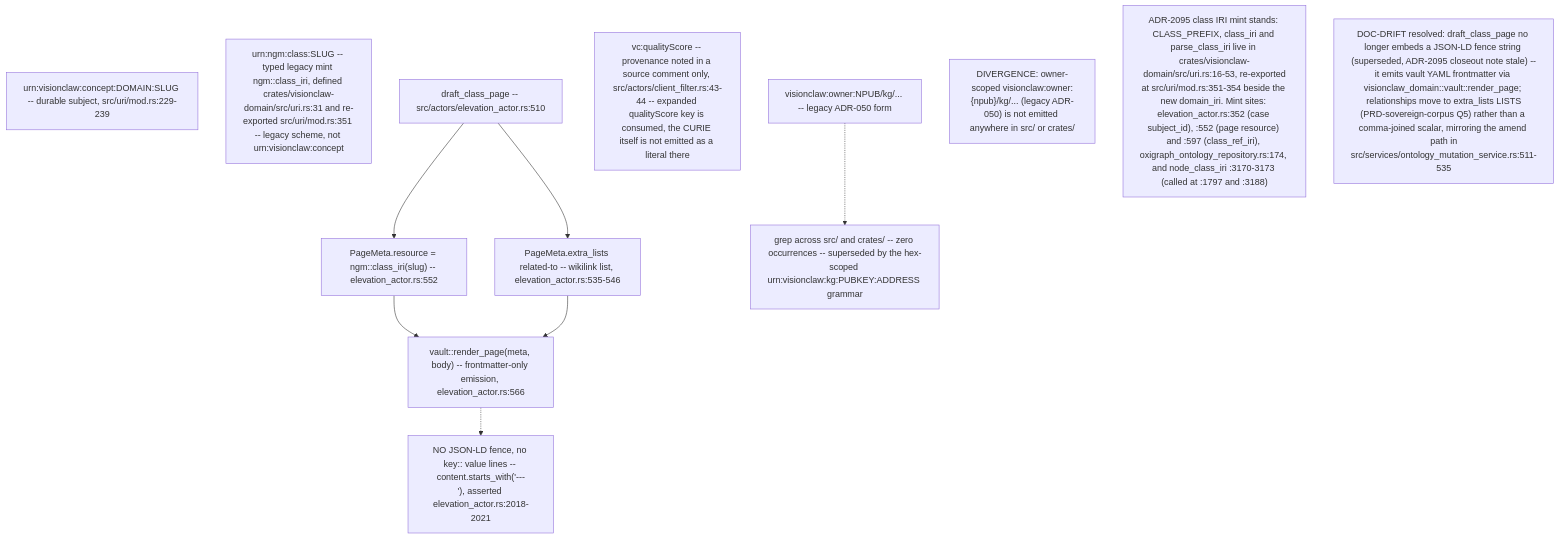
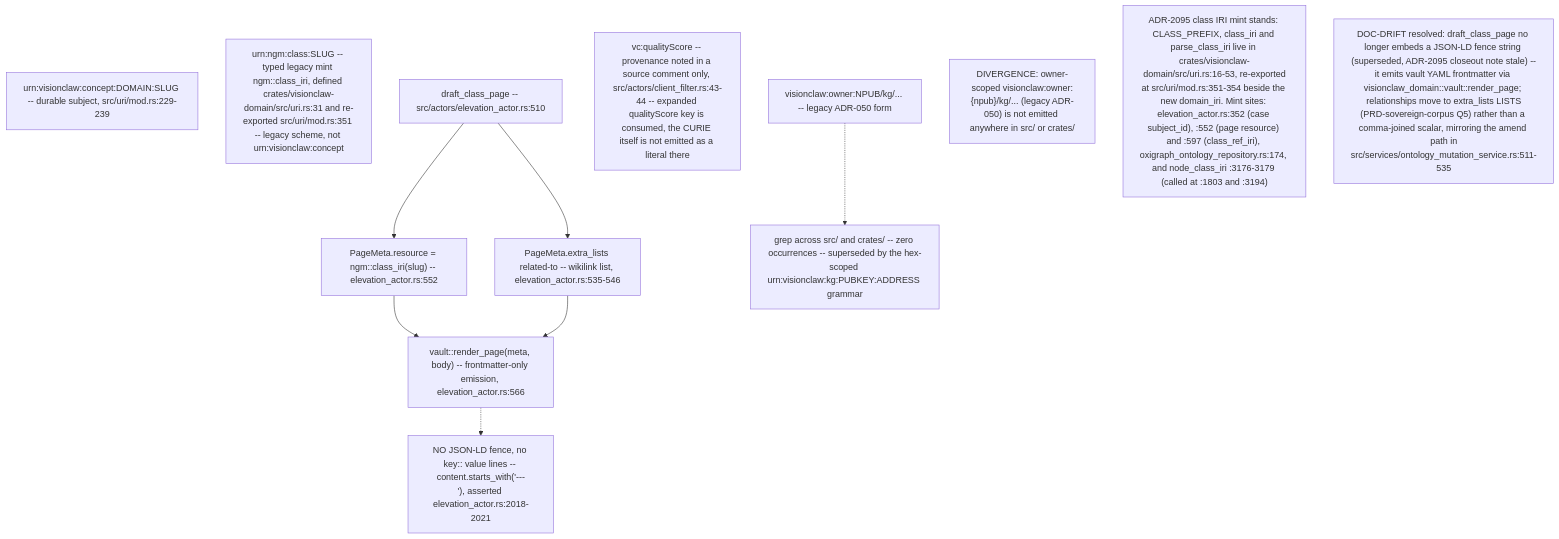
Before and after one commit to DreamLab-AI/VisionFlow: the ninth of 10 diagrams in docs/diagrams/visionclaw/23-identifiers-urn-did-sha12.md, drawn with Mermaid. The commit also changed other lines of this file and 154 other files, not shown here.

First line of the commit message:
docs(diagrams): re-stamp 154 topics whose every citation still reads the same text at the current heads

````diff
--- a/docs/diagrams/visionclaw/23-identifiers-urn-did-sha12.md
+++ b/docs/diagrams/visionclaw/23-identifiers-urn-did-sha12.md
@@ -328,16 +328,16 @@
 ```mermaid
 flowchart TD
     Concept["urn:visionclaw:concept:DOMAIN:SLUG -- durable subject, src/uri/mod.rs:229-239"]
     LegacyClass["urn:ngm:class:SLUG -- typed legacy mint ngm::class_iri, defined crates/visionclaw-domain/src/uri.rs:31 and re-exported src/uri/mod.rs:351 -- legacy scheme, not urn:visionclaw:concept"]
     Draft["draft_class_page -- src/actors/elevation_actor.rs:510"] --> Meta["PageMeta.resource = ngm::class_iri(slug) -- elevation_actor.rs:552"]
     Draft --> Lists["PageMeta.extra_lists related-to -- wikilink list, elevation_actor.rs:535-546"]
     Meta --> Render["vault::render_page(meta, body) -- frontmatter-only emission, elevation_actor.rs:566"]
     Lists --> Render
     Render -.-> NoFence["NO JSON-LD fence, no key:: value lines -- content.starts_with('---\n'), asserted elevation_actor.rs:2018-2021"]
     QS["vc:qualityScore -- provenance noted in a source comment only, src/actors/client_filter.rs:43-44 -- expanded qualityScore key is consumed, the CURIE itself is not emitted as a literal there"]
     OwnerScoped["visionclaw:owner:NPUB/kg/... -- legacy ADR-050 form"] -.-> Absent["grep across src/ and crates/ -- zero occurrences -- superseded by the hex-scoped urn:visionclaw:kg:PUBKEY:ADDRESS grammar"]
 
     DivB["DIVERGENCE: owner-scoped visionclaw:owner:{npub}/kg/... (legacy ADR-050) is not emitted anywhere in src/ or crates/"]
-    DriftX["ADR-2095 class IRI mint stands: CLASS_PREFIX, class_iri and parse_class_iri live in crates/visionclaw-domain/src/uri.rs:16-53, re-exported<br/>at src/uri/mod.rs:351-354 beside the new domain_iri. Mint sites: elevation_actor.rs:352 (case subject_id), :552 (page resource) and :597 (class_ref_iri), oxigraph_ontology_repository.rs:174, and node_class_iri :3170-3173 (called at :1797 and :3188)"]
+    DriftX["ADR-2095 class IRI mint stands: CLASS_PREFIX, class_iri and parse_class_iri live in crates/visionclaw-domain/src/uri.rs:16-53, re-exported<br/>at src/uri/mod.rs:351-354 beside the new domain_iri. Mint sites: elevation_actor.rs:352 (case subject_id), :552 (page resource) and :597 (class_ref_iri), oxigraph_ontology_repository.rs:174, and node_class_iri :3176-3179 (called at :1803 and :3194)"]
     Refactor["DOC-DRIFT resolved: draft_class_page no longer embeds a JSON-LD fence string (superseded, ADR-2095 closeout note stale) --<br/>it emits vault YAML frontmatter via visionclaw_domain::vault::render_page; relationships move to extra_lists LISTS<br/>(PRD-sovereign-corpus Q5) rather than a comma-joined scalar, mirroring the amend path in<br/>src/services/ontology_mutation_service.rs:511-535"]
 ```
````
